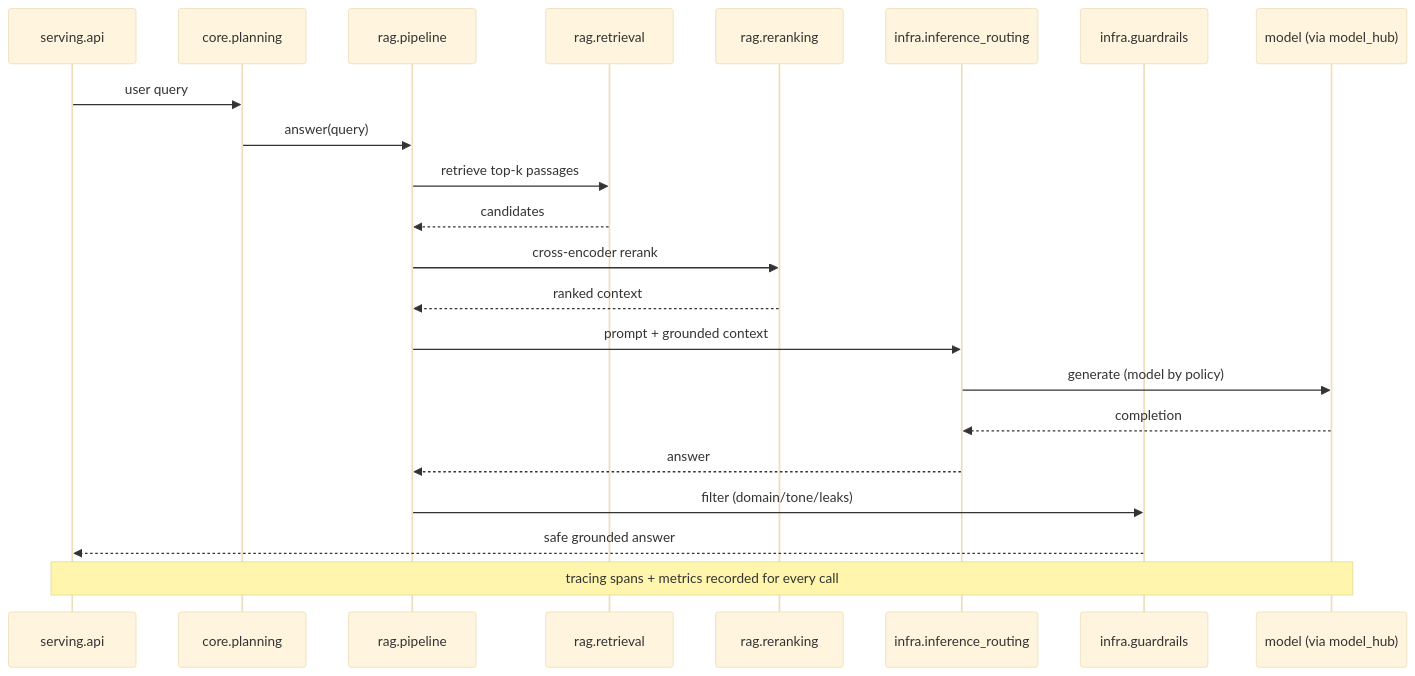
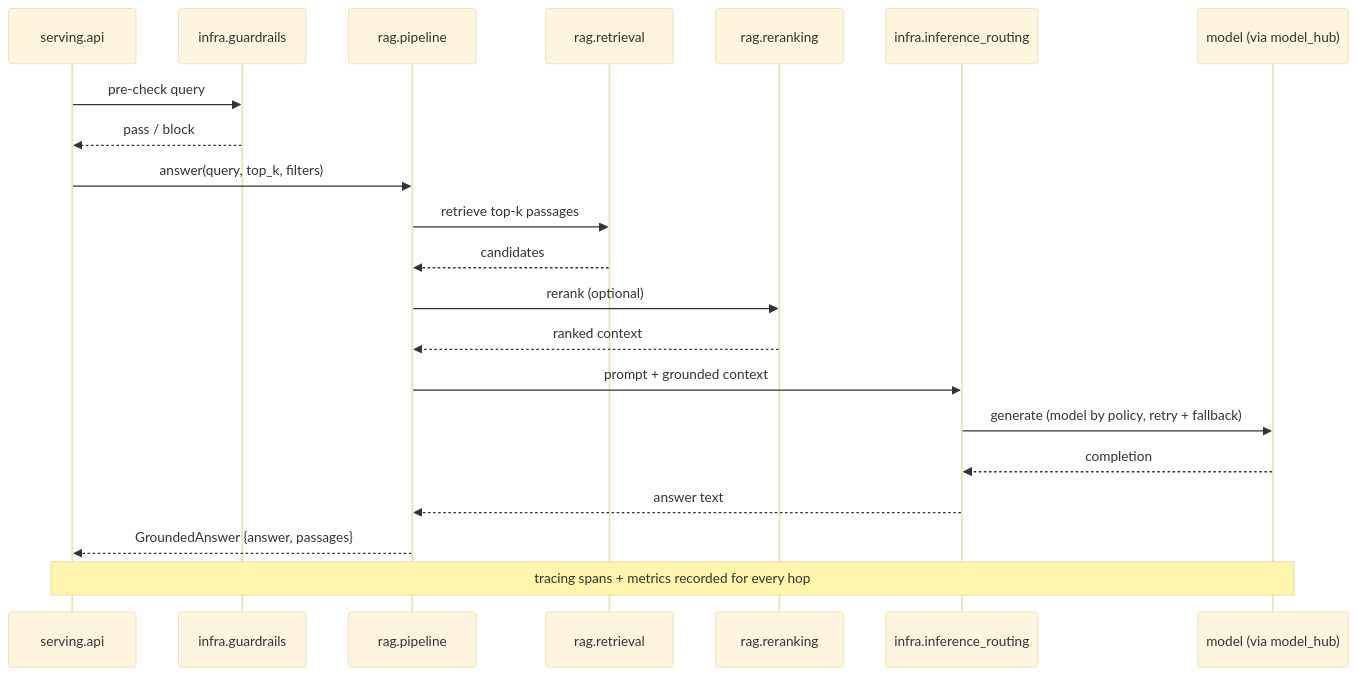
One commit to uticus/llm_agents_system changed the second of 2 diagrams in README.md. Above: the diagram before and after it, drawn with Mermaid (base theme). The commit also changed other lines of this file and 61 other files, not shown here.

````diff
--- a/README.md
+++ b/README.md
@@ -106,25 +226,24 @@
 ```mermaid
 sequenceDiagram
     participant API as serving.api
-    participant Plan as core.planning
+    participant Guard as infra.guardrails
     participant RAG as rag.pipeline
     participant Ret as rag.retrieval
     participant Rank as rag.reranking
     participant Route as infra.inference_routing
-    participant Guard as infra.guardrails
     participant LLM as model (via model_hub)
 
-    API->>Plan: user query
-    Plan->>RAG: answer(query)
+    API->>Guard: pre-check query
+    Guard-->>API: pass / block
+    API->>RAG: answer(query, top_k, filters)
     RAG->>Ret: retrieve top-k passages
     Ret-->>RAG: candidates
-    RAG->>Rank: cross-encoder rerank
+    RAG->>Rank: rerank (optional)
     Rank-->>RAG: ranked context
     RAG->>Route: prompt + grounded context
-    Route->>LLM: generate (model by policy)
+    Route->>LLM: generate (model by policy, retry + fallback)
     LLM-->>Route: completion
-    Route-->>RAG: answer
-    RAG->>Guard: filter (domain/tone/leaks)
-    Guard-->>API: safe grounded answer
-    Note over API,LLM: tracing spans + metrics recorded for every call
+    Route-->>RAG: answer text
+    RAG-->>API: GroundedAnswer {answer, passages}
+    Note over API,LLM: tracing spans + metrics recorded for every hop
 ```
````
